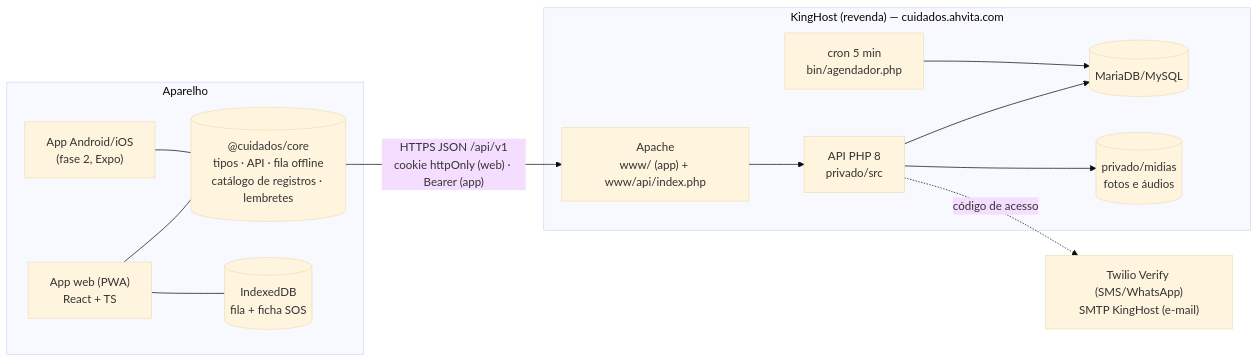
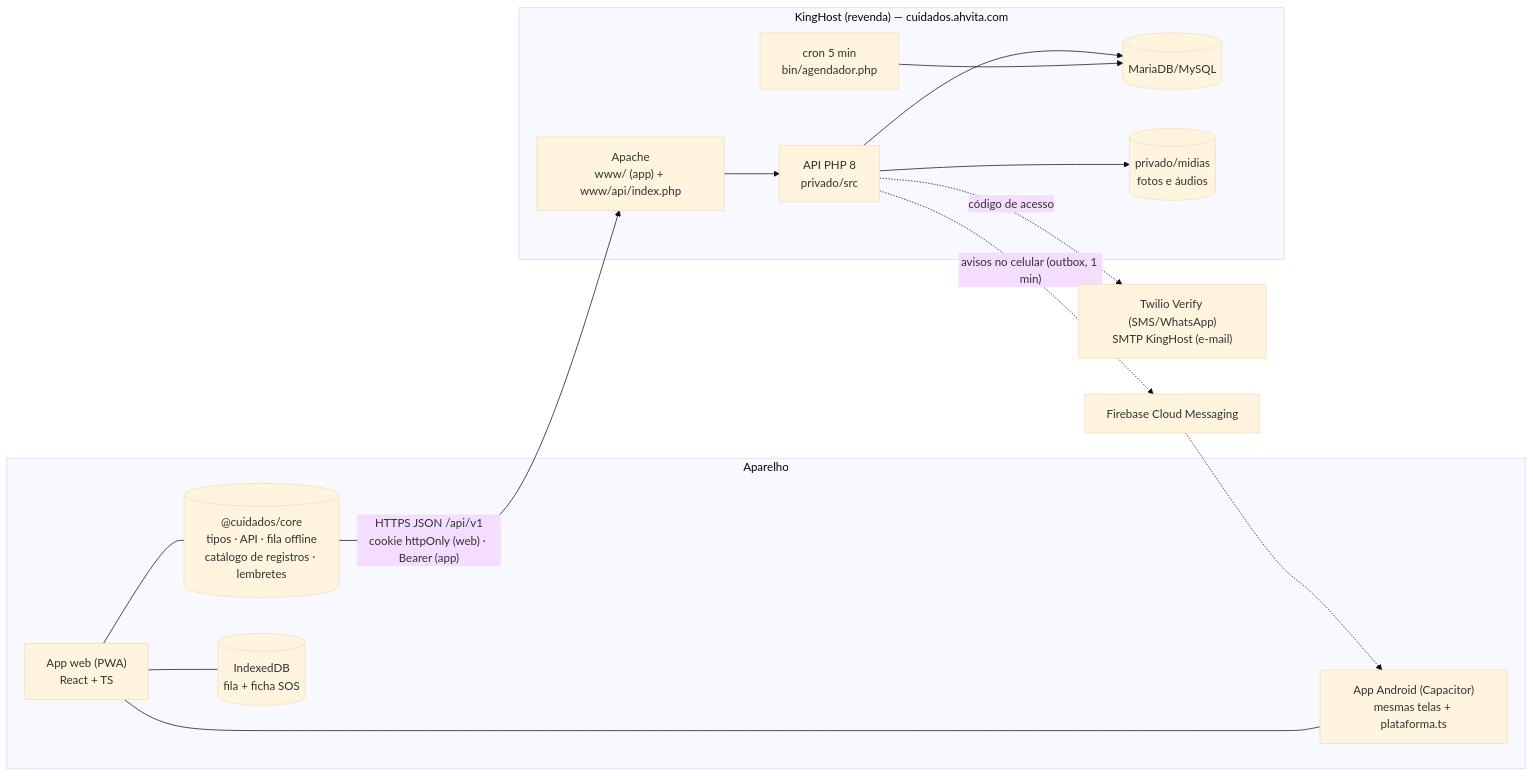
Before and after one commit to marcelookuma/AhvitaCuidados: the first of 2 diagrams in docs/ARQUITETURA.md, drawn with Mermaid (base theme). The commit also changed other lines of this file and 123 other files, not shown here.

````diff
--- a/docs/ARQUITETURA.md
+++ b/docs/ARQUITETURA.md
@@ -18,24 +18,25 @@
 ```mermaid
 flowchart LR
   subgraph Aparelho
     W["App web (PWA)<br/>React + TS"]
-    M["App Android/iOS<br/>(fase 2, Expo)"]
+    M["App Android (Capacitor)<br/>mesmas telas + plataforma.ts"]
     C[("@cuidados/core<br/>tipos · API · fila offline<br/>catálogo de registros · lembretes")]
     IDB[("IndexedDB<br/>fila + ficha SOS")]
     W --- C
-    M --- C
+    M --- W
     W --- IDB
   end
   subgraph KingHost["KingHost (revenda) — cuidados.ahvita.com"]
     A["Apache<br/>www/ (app) + www/api/index.php"]
     P["API PHP 8<br/>privado/src"]
     D[("MariaDB/MySQL")]
     F[("privado/midias<br/>fotos e áudios")]
     CR["cron 5 min<br/>bin/agendador.php"]
     A --> P --> D
     P --> F
     CR --> D
   end
   C -- "HTTPS JSON /api/v1<br/>cookie httpOnly (web) · Bearer (app)" --> A
   P -. "código de acesso" .-> T["Twilio Verify (SMS/WhatsApp)<br/>SMTP KingHost (e-mail)"]
+  P -. "avisos no celular (outbox, 1 min)" .-> FB["Firebase Cloud Messaging"] -.-> M
 ```
````
